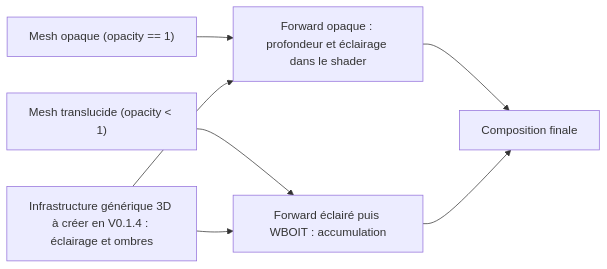
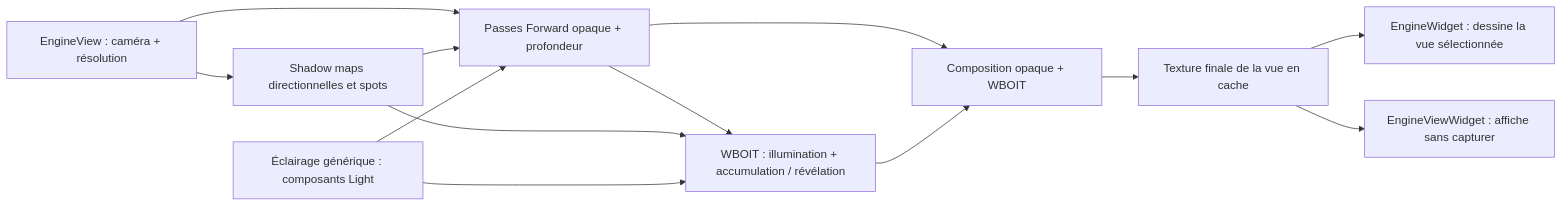
Before and after one commit to EreliaStudio/Sparkle: the ninth of 9 diagrams in docs/voxel-engine-v0.1.4-specification.md, drawn with Mermaid. The commit also changed other lines of this file, not shown here.

Commit message:
docs: align diagrams, snapshots, EngineView cache and widget responsibilities

````diff
--- a/docs/voxel-engine-v0.1.4-specification.md
+++ b/docs/voxel-engine-v0.1.4-specification.md
@@ -686,9 +737,15 @@
 ```mermaid
 flowchart LR
-  A["Mesh opaque (opacity == 1)"] --> B["Forward opaque : profondeur et éclairage dans le shader"]
-  C["Mesh translucide (opacity < 1)"] --> D["Forward éclairé puis WBOIT : accumulation"]
-  B --> E["Composition finale"]
-  D --> E
-  L["Infrastructure générique 3D à créer en V0.1.4 : éclairage et ombres"] --> B
-  L --> D
+  S["EngineView : caméra + résolution"] --> Shadow["Shadow maps directionnelles et spots"]
+  S --> Opaque["Passes Forward opaque + profondeur"]
+  Shadow --> Opaque
+  Opaque --> Trans["WBOIT : illumination + accumulation / révélation"]
+  Shadow --> Trans
+  Opaque --> Compose["Composition opaque + WBOIT"]
+  Trans --> Compose
+  Compose --> Tex["Texture finale de la vue en cache"]
+  Tex --> Main["EngineWidget : dessine la vue sélectionnée"]
+  Tex --> Other["EngineViewWidget : affiche sans capturer"]
+  L["Éclairage générique : composants Light"] --> Opaque
+  L --> Trans
 ```
````
